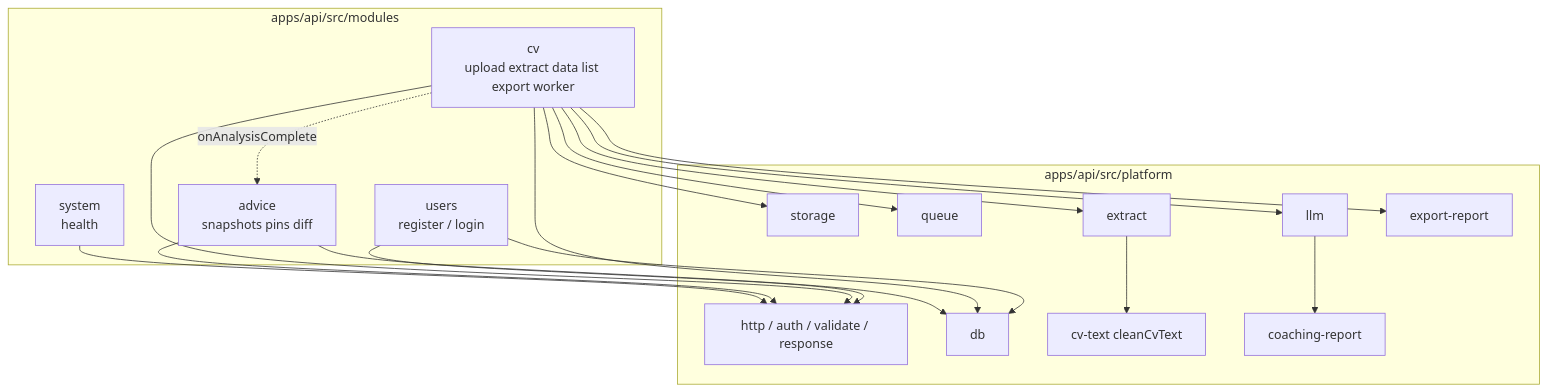
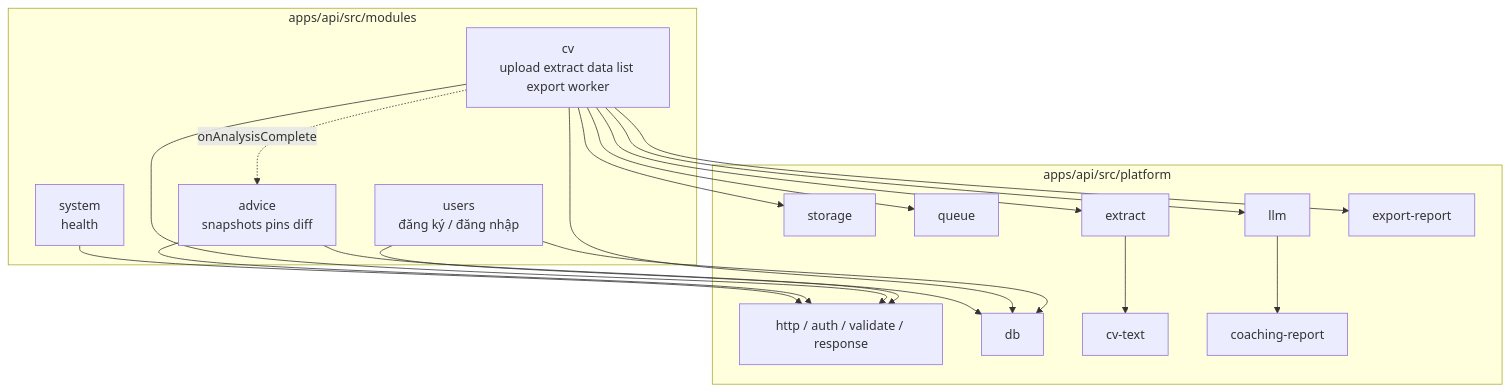
The second of 3 diagrams in documents/architecture/logical.md (nguyentantai21042004/co3065-advanced-software-engineering), drawn with Mermaid before and after one commit. The commit also changed other lines of this file and 7 other files, not shown here.

First line of the commit message:
docs: Vietnamese presentation guides and architecture refresh

````diff
--- a/documents/architecture/logical.md
+++ b/documents/architecture/logical.md
@@ -52,37 +52,37 @@
 ```mermaid
 flowchart TB
   subgraph api["apps/api/src/modules"]
-    users["users<br/>register / login"]
+    users["users<br/>đăng ký / đăng nhập"]
     cv["cv<br/>upload extract data list export worker"]
     advice["advice<br/>snapshots pins diff"]
     system["system<br/>health"]
   end
 
   subgraph platform["apps/api/src/platform"]
     http["http / auth / validate / response"]
     db["db"]
     store["storage"]
     q["queue"]
     llm["llm"]
     extract["extract"]
-    clean["cv-text cleanCvText"]
+    clean["cv-text"]
     coach["coaching-report"]
     exp["export-report"]
   end
 
   users --> http
   cv --> http
   advice --> http
   system --> http
   users --> db
   cv --> db
   advice --> db
   cv --> store
   cv --> q
   cv --> llm
   cv --> extract
   extract --> clean
   llm --> coach
   cv --> exp
   cv -.->|onAnalysisComplete| advice
 ```
````
